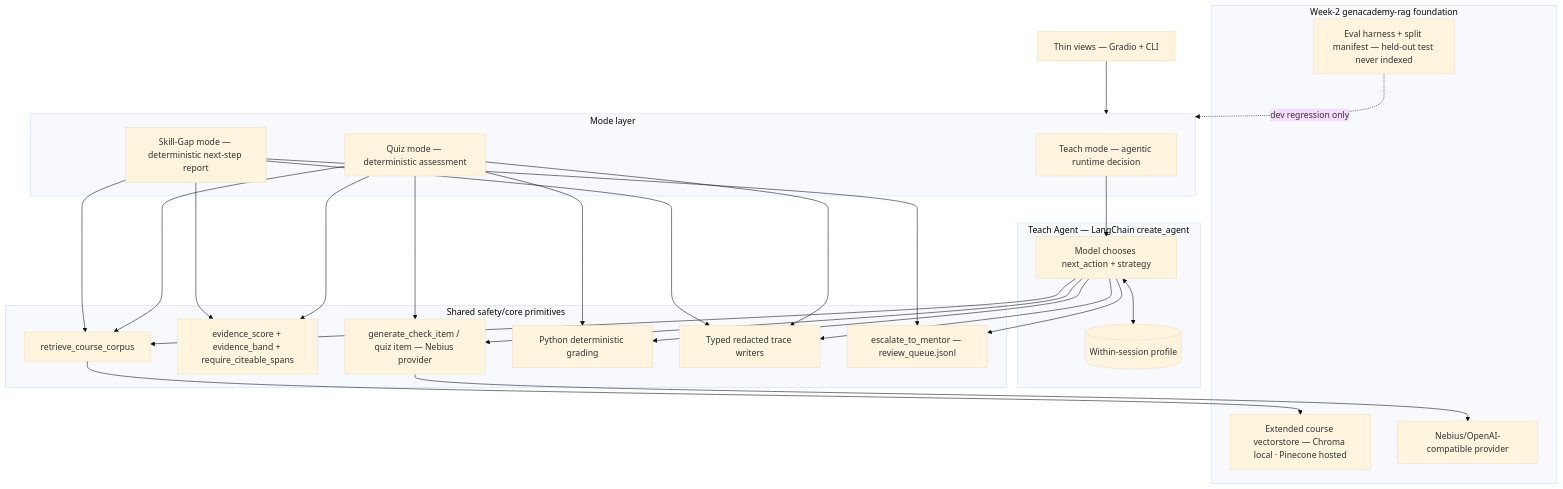
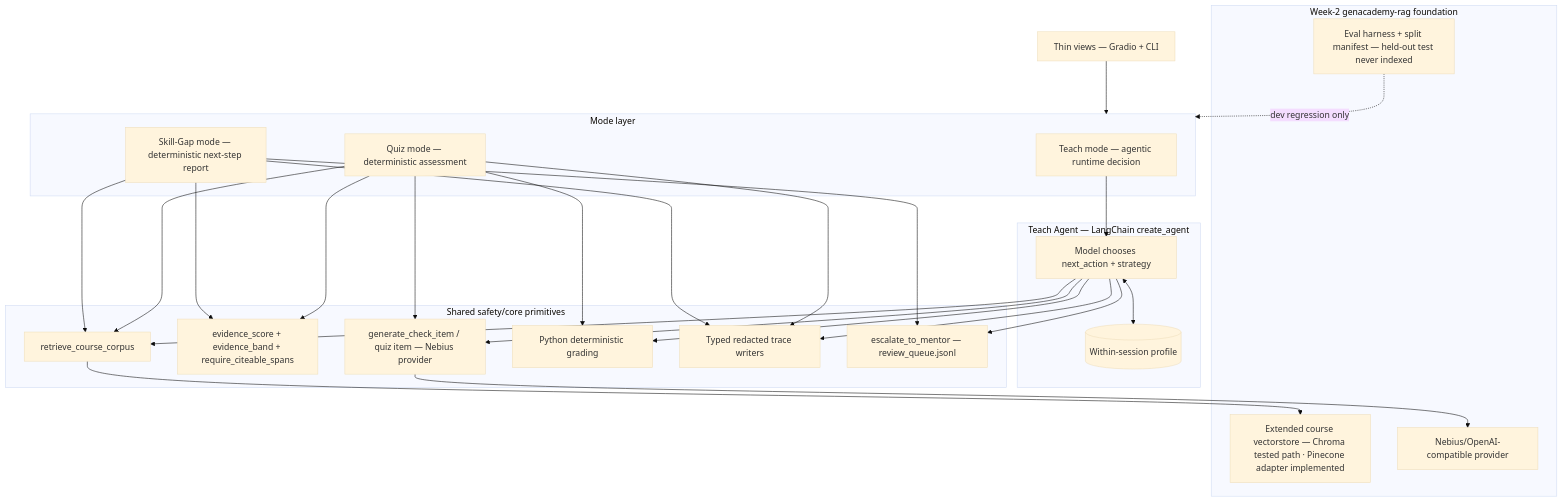
One commit to manjunath84/genacademy-coach changed the diagram in README.md. Above: the diagram before and after it, drawn with Mermaid (base theme). The commit also changed other lines of this file and 5 other files, not shown here.

````diff
--- a/README.md
+++ b/README.md
@@ -72,40 +81,40 @@
 ```mermaid
 flowchart TD
     UI["Thin views — Gradio + CLI"]
 
     subgraph Modes["Mode layer"]
         TeachMode["Teach mode — agentic runtime decision"]
         QuizMode["Quiz mode — deterministic assessment"]
         SkillGapMode["Skill-Gap mode — deterministic next-step report"]
     end
 
     subgraph Agent["Teach Agent — LangChain create_agent"]
         Reason["Model chooses next_action + strategy"]
         Profile[("Within-session profile")]
     end
 
     subgraph SharedCore["Shared safety/core primitives"]
         R["retrieve_course_corpus"]
         Ground["evidence_score + evidence_band + require_citeable_spans"]
         Gen["generate_check_item / quiz item — Nebius provider"]
         Grade["Python deterministic grading"]
         Trace["Typed redacted trace writers"]
         Esc["escalate_to_mentor — review_queue.jsonl"]
     end
 
     subgraph Foundation["Week-2 genacademy-rag foundation"]
-        Corpus["Extended course vectorstore — Chroma local · Pinecone hosted"]
+        Corpus["Extended course vectorstore — Chroma tested path · Pinecone adapter implemented"]
         Provider["Nebius/OpenAI-compatible provider"]
         Eval["Eval harness + split manifest — held-out test never indexed"]
     end
 
     UI --> Modes
     TeachMode --> Reason
     Reason <--> Profile
     Reason --> R & Gen & Grade & Trace & Esc
     QuizMode --> R & Ground & Gen & Grade & Trace
     SkillGapMode --> Trace & R & Ground & Esc
     R --> Corpus
     Gen --> Provider
     Eval -. dev regression only .-> Modes
 ```
````
